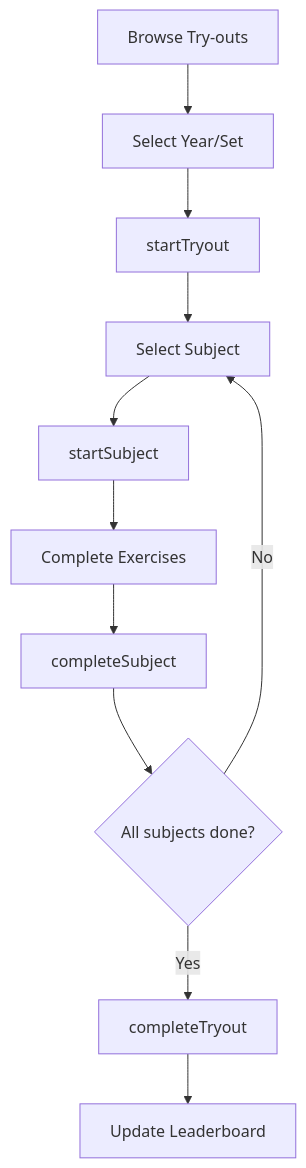
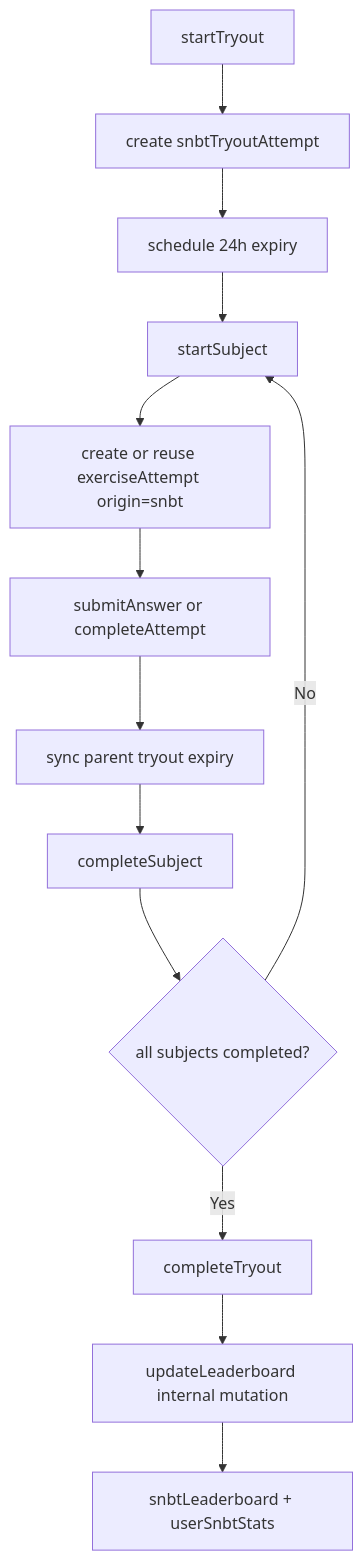
The second of 2 diagrams in packages/backend/convex/snbt/README.md (nakafaai/nakafa.com), drawn with Mermaid before and after one commit. The commit also changed other lines of this file and 13 other files, not shown here.

First line of the commit message:
Add SNBT tryout helpers and exercise origin

````diff
--- a/packages/backend/convex/snbt/README.md
+++ b/packages/backend/convex/snbt/README.md
@@ -31,13 +43,15 @@
 ```mermaid
 flowchart TD
-    A[Browse Try-outs] --> B[Select Year/Set]
-    B --> C[startTryout]
-    C --> D[Select Subject]
-    D --> E[startSubject]
-    E --> F[Complete Exercises]
-    F --> G[completeSubject]
-    G --> H{All subjects done?}
-    H -->|No| D
-    H -->|Yes| I[completeTryout]
-    I --> J[Update Leaderboard]
+    A[startTryout] --> B[create snbtTryoutAttempt]
+    B --> C[schedule 24h expiry]
+    C --> D[startSubject]
+    D --> E[create or reuse exerciseAttempt origin=snbt]
+    E --> F[submitAnswer or completeAttempt]
+    F --> G[sync parent tryout expiry]
+    G --> H[completeSubject]
+    H --> I{all subjects completed?}
+    I -->|No| D
+    I -->|Yes| J[completeTryout]
+    J --> K[updateLeaderboard internal mutation]
+    K --> L[snbtLeaderboard + userSnbtStats]
 ```
````
